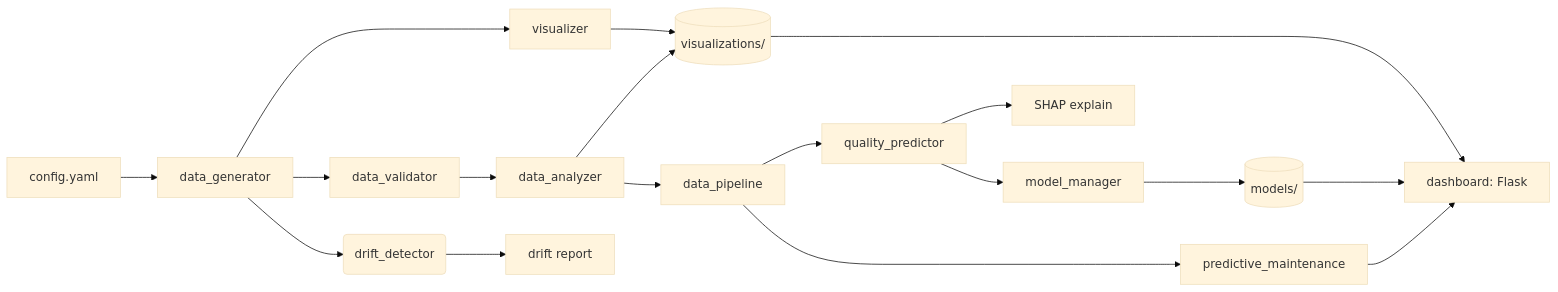
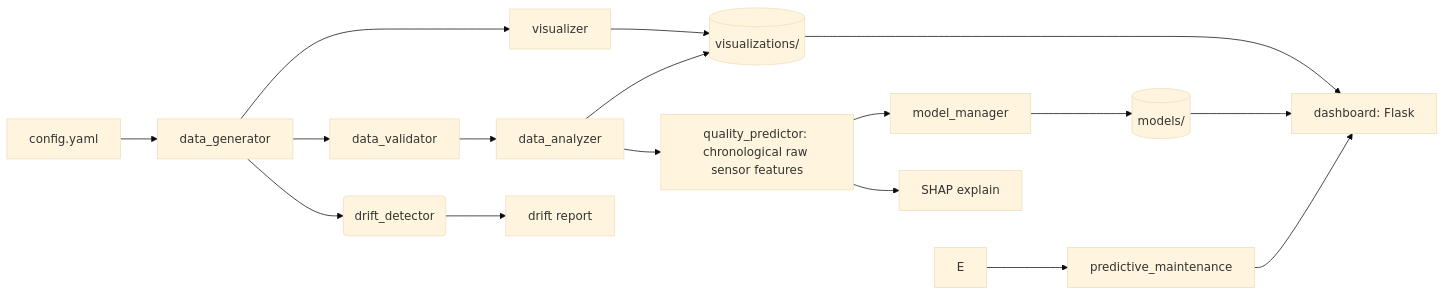
The diagram in README.md (junwoo1206112/manufacturing-ml-portfolio), drawn with Mermaid (base theme) before and after one commit. The commit also changed other lines of this file and 27 other files, not shown here.

````diff
--- a/README.md
+++ b/README.md
@@ -46,20 +48,19 @@
 ```mermaid
 flowchart LR
     A[config.yaml] --> B[data_generator]
     B --> C[data_validator]
     C --> D[data_analyzer]
-    D --> E[data_pipeline]
-    E --> F[quality_predictor]
+    D --> F[quality_predictor: chronological raw sensor features]
     F --> G[model_manager]
     G --> H[(models/)]
     E --> I[predictive_maintenance]
     B --> K[visualizer]
     K --> L[(visualizations/)]
     D --> L
     L --> M[dashboard: Flask]
     H --> M
     I --> M
     F --> N[SHAP explain]
     B --> O(drift_detector)
     O --> P[drift report]
 ```
````
